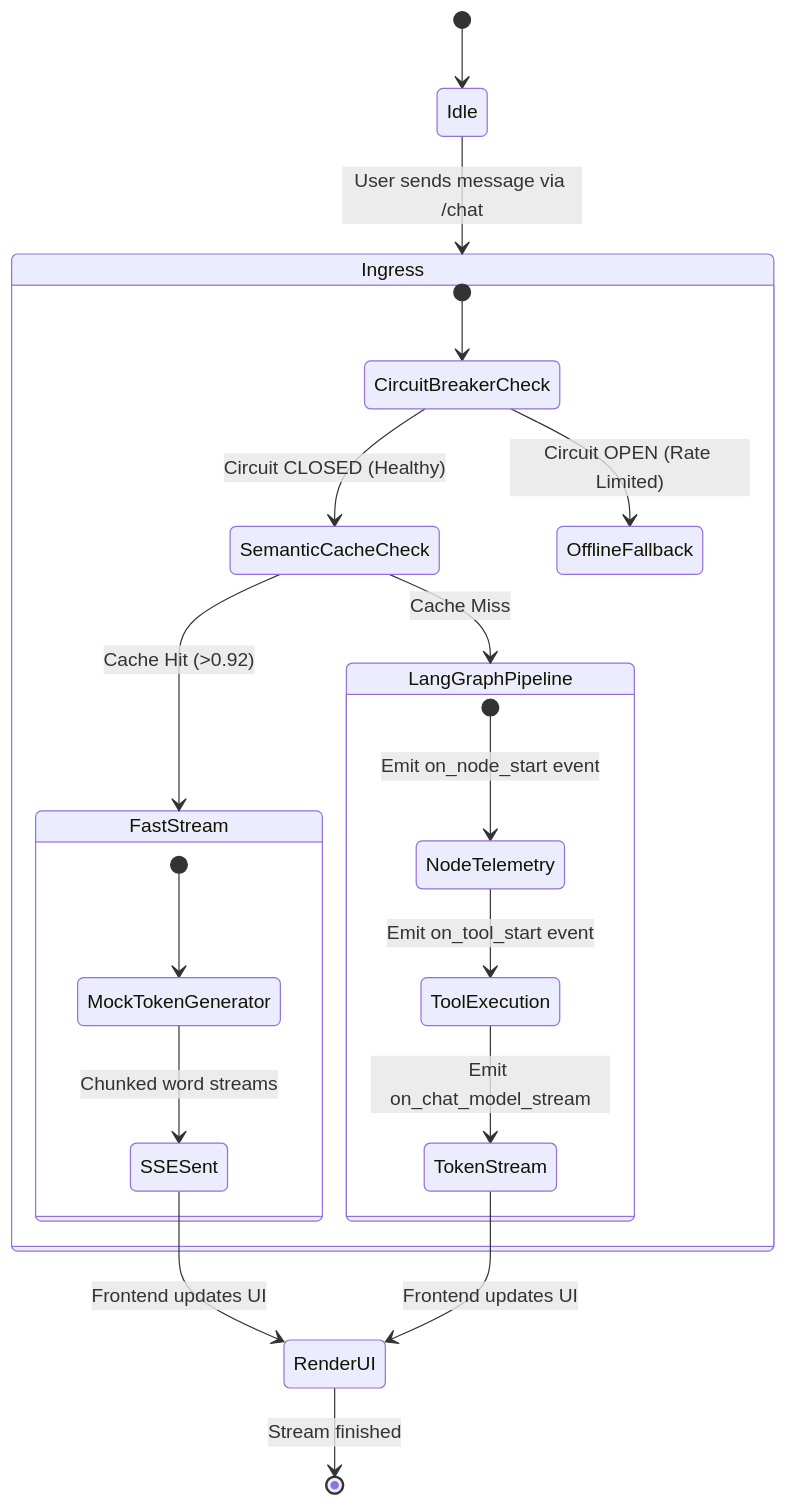
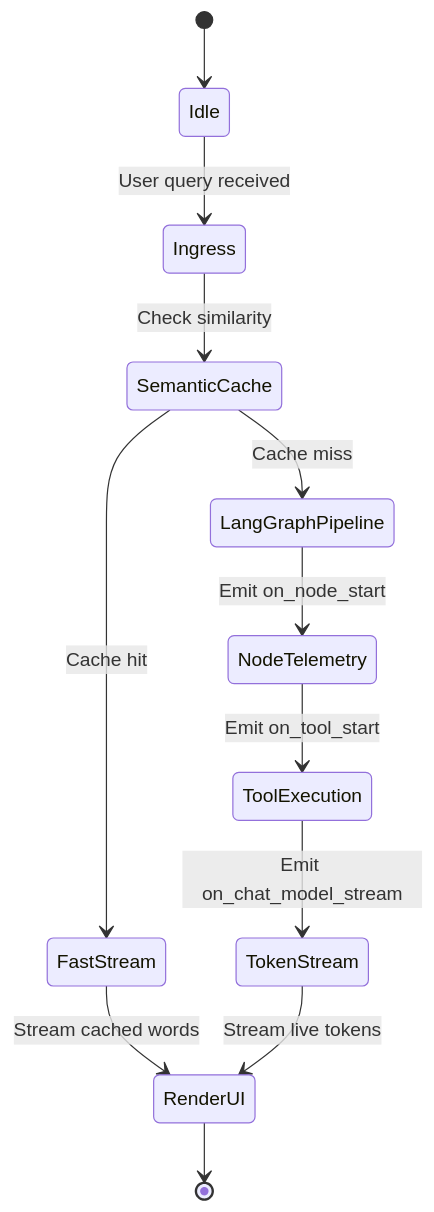
The third of 3 diagrams in README.md (Zayn329/chimeraAi), drawn with Mermaid before and after one commit. The commit also changed other lines of this file, not shown here.

Commit message:
docs: clean up Mermaid diagrams in README.md for GitHub Markdown compatibility

````diff
--- a/README.md
+++ b/README.md
@@ -132,29 +117,14 @@
 ```mermaid
 stateDiagram-v2
     [*] --> Idle
-    Idle --> Ingress: User sends message via /chat
-
-    state Ingress {
-        [*] --> CircuitBreakerCheck
-        CircuitBreakerCheck --> SemanticCacheCheck: Circuit CLOSED (Healthy)
-        CircuitBreakerCheck --> OfflineFallback: Circuit OPEN (Rate Limited)
-
-        SemanticCacheCheck --> FastStream: Cache Hit (>0.92)
-        SemanticCacheCheck --> LangGraphPipeline: Cache Miss
-    }
-
-    state FastStream {
-        [*] --> MockTokenGenerator
-        MockTokenGenerator --> SSESent: Chunked word streams
-    }
-
-    state LangGraphPipeline {
-        [*] --> NodeTelemetry: Emit on_node_start event
-        NodeTelemetry --> ToolExecution: Emit on_tool_start event
-        ToolExecution --> TokenStream: Emit on_chat_model_stream
-    }
-
-    SSESent --> RenderUI: Frontend updates UI
-    TokenStream --> RenderUI: Frontend updates UI
-    RenderUI --> [*]: Stream finished
+    Idle --> Ingress: User query received
+    Ingress --> SemanticCache: Check similarity
+    SemanticCache --> FastStream: Cache hit
+    SemanticCache --> LangGraphPipeline: Cache miss
+    LangGraphPipeline --> NodeTelemetry: Emit on_node_start
+    NodeTelemetry --> ToolExecution: Emit on_tool_start
+    ToolExecution --> TokenStream: Emit on_chat_model_stream
+    FastStream --> RenderUI: Stream cached words
+    TokenStream --> RenderUI: Stream live tokens
+    RenderUI --> [*]
 ```
````
